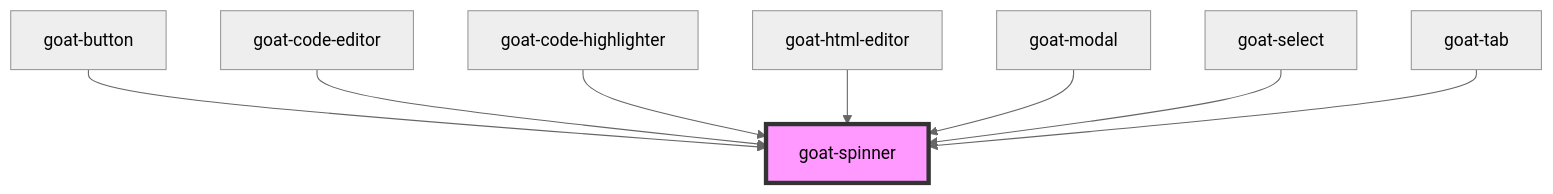
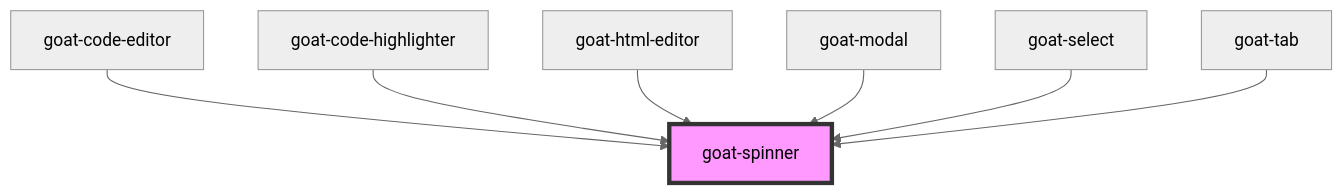
One commit to redvars/peacock changed the diagram in src/components/spinner/readme.md. Above: the diagram before and after it, drawn with Mermaid (neutral theme). The commit also changed other lines of this file and 280 other files, not shown here.

````diff
--- a/src/components/spinner/readme.md
+++ b/src/components/spinner/readme.md
@@ -30,11 +29,10 @@
 ```mermaid
 graph TD;
-  goat-button --> goat-spinner
   goat-code-editor --> goat-spinner
   goat-code-highlighter --> goat-spinner
   goat-html-editor --> goat-spinner
   goat-modal --> goat-spinner
   goat-select --> goat-spinner
   goat-tab --> goat-spinner
   style goat-spinner fill:#f9f,stroke:#333,stroke-width:4px
 ```
````
